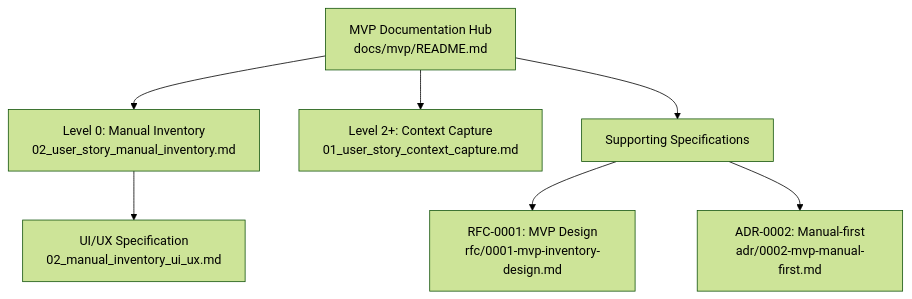
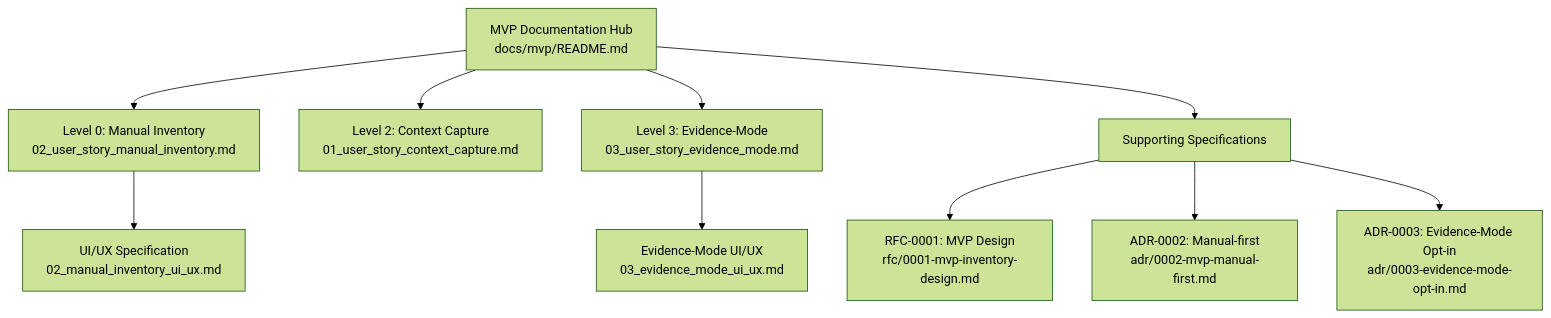
One commit to asukhodko/timeskein changed the first of 8 diagrams in .qoder/repowiki/en/content/MVP Documentation.md. Above: the diagram before and after it, drawn with Mermaid (forest theme). The commit also changed other lines of this file and 6 other files, not shown here.

First line of the commit message:
docs(adr): add ADR-0003 Evidence-Mode Opt-in architecture decision

````diff
--- a/.qoder/repowiki/en/content/MVP Documentation.md
+++ b/.qoder/repowiki/en/content/MVP Documentation.md
@@ -45,9 +51,12 @@
 ```mermaid
 graph TB
 A["MVP Documentation Hub<br/>docs/mvp/README.md"] --> B["Level 0: Manual Inventory<br/>02_user_story_manual_inventory.md"]
 B --> C["UI/UX Specification<br/>02_manual_inventory_ui_ux.md"]
-A --> D["Level 2+: Context Capture<br/>01_user_story_context_capture.md"]
-A --> E["Supporting Specifications"]
-E --> F["RFC-0001: MVP Design<br/>rfc/0001-mvp-inventory-design.md"]
-E --> G["ADR-0002: Manual-first<br/>adr/0002-mvp-manual-first.md"]
+A --> D["Level 2: Context Capture<br/>01_user_story_context_capture.md"]
+A --> E["Level 3: Evidence-Mode<br/>03_user_story_evidence_mode.md"]
+E --> F["Evidence-Mode UI/UX<br/>03_evidence_mode_ui_ux.md"]
+A --> G["Supporting Specifications"]
+G --> H["RFC-0001: MVP Design<br/>rfc/0001-mvp-inventory-design.md"]
+G --> I["ADR-0002: Manual-first<br/>adr/0002-mvp-manual-first.md"]
+G --> J["ADR-0003: Evidence-Mode Opt-in<br/>adr/0003-evidence-mode-opt-in.md"]
 ```
````
